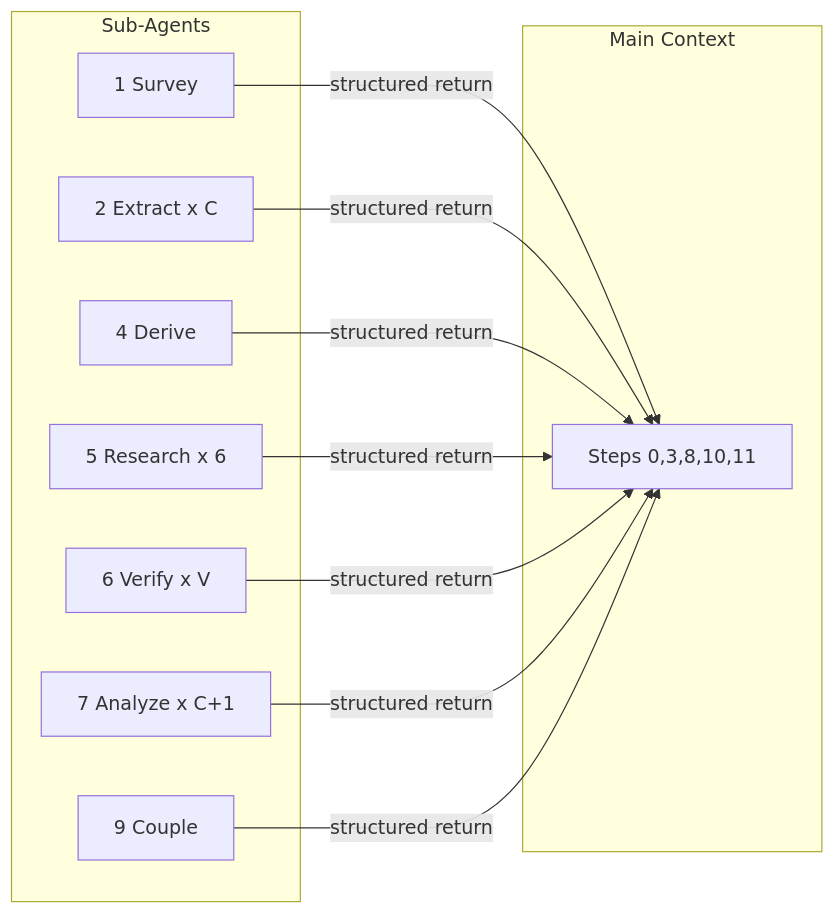
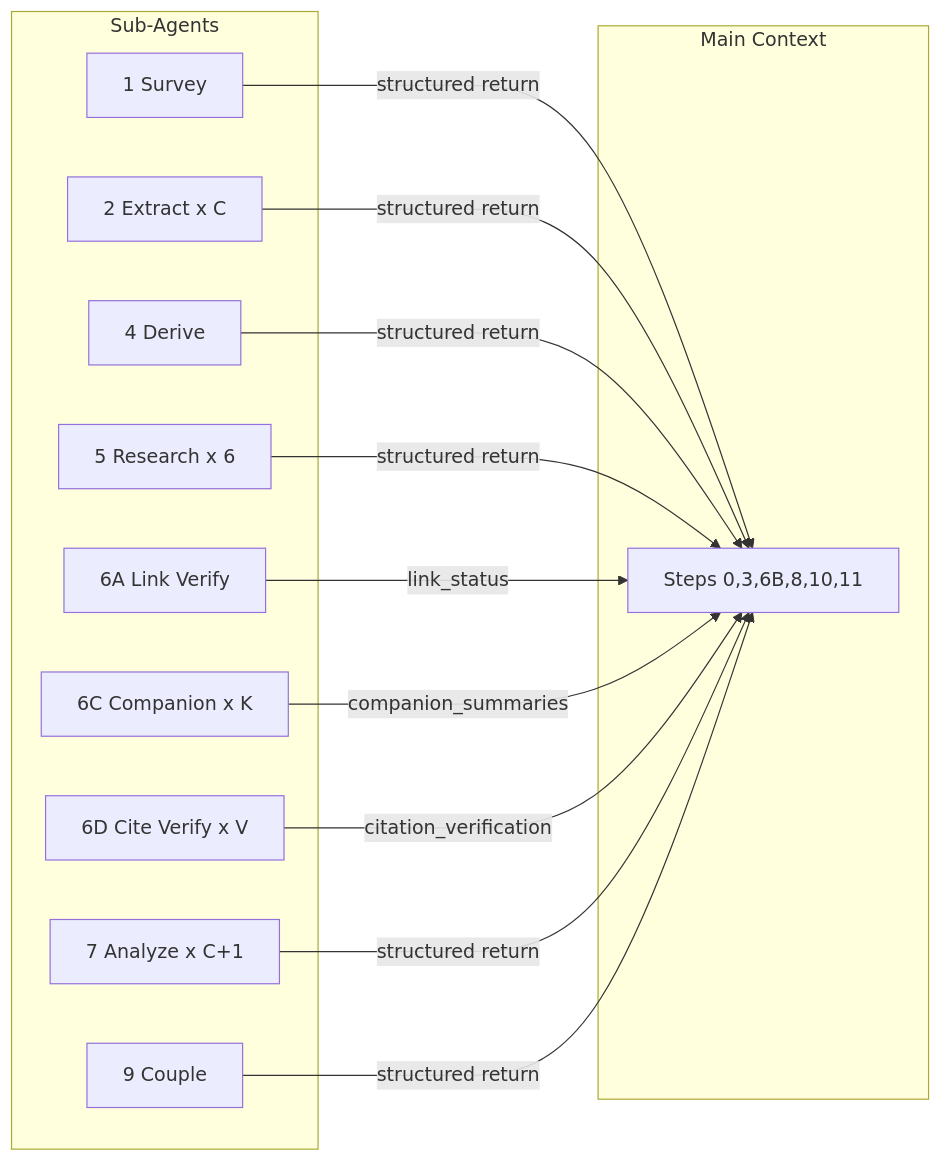
The second of 2 diagrams in tools/assay.md (cppalliance/tools-public), drawn with Mermaid before and after one commit. The commit also changed other lines of this file, not shown here.

````diff
--- a/tools/assay.md
+++ b/tools/assay.md
@@ -1002,22 +1204,26 @@
 ```mermaid
 flowchart LR
     subgraph subs [Sub-Agents]
         Survey["1 Survey"]
         ExtractP1["2 Extract x C"]
         Derive["4 Derive"]
         Research["5 Research x 6"]
-        Verify["6 Verify x V"]
+        ProbeA["6A Link Verify"]
+        ProbeC["6C Companion x K"]
+        ProbeD["6D Cite Verify x V"]
         AnalyzeP2["7 Analyze x C+1"]
         Couple["9 Couple"]
     end
     subgraph mainCtx [Main Context]
-        M["Steps 0,3,8,10,11"]
+        M["Steps 0,3,6B,8,10,11"]
     end
     Survey -->|"structured return"| M
     ExtractP1 -->|"structured return"| M
     Derive -->|"structured return"| M
     Research -->|"structured return"| M
-    Verify -->|"structured return"| M
+    ProbeA -->|"link_status"| M
+    ProbeC -->|"companion_summaries"| M
+    ProbeD -->|"citation_verification"| M
     AnalyzeP2 -->|"structured return"| M
     Couple -->|"structured return"| M
 ```
````
